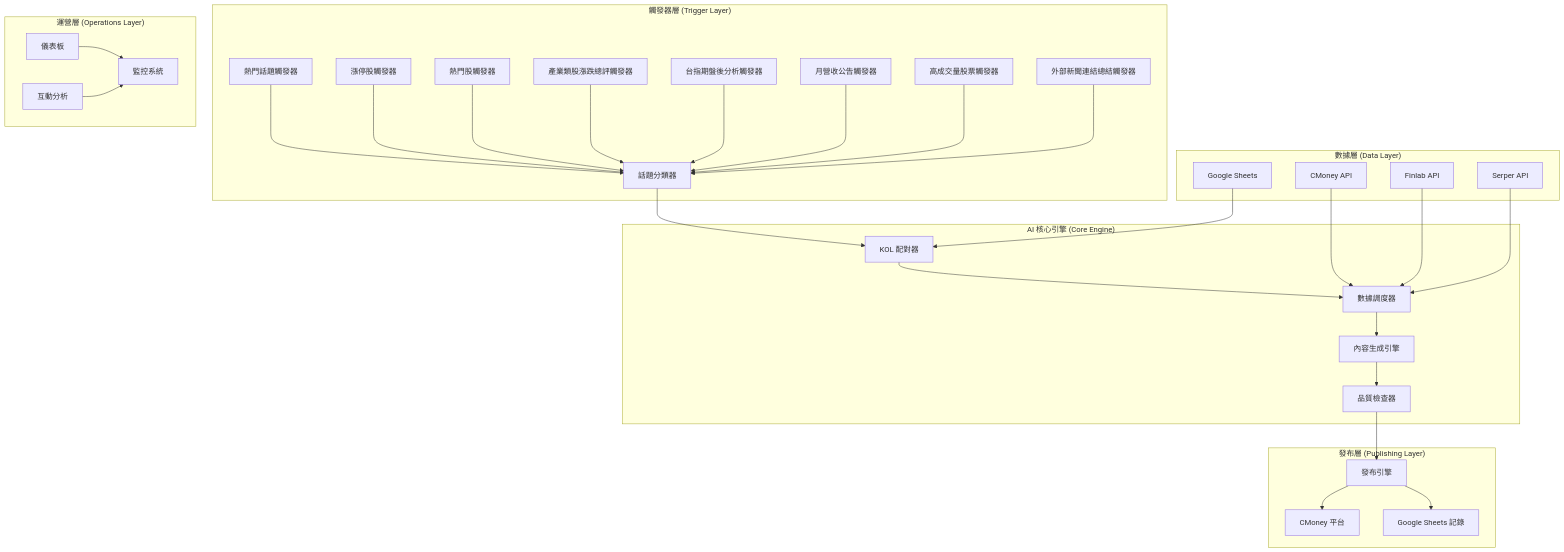
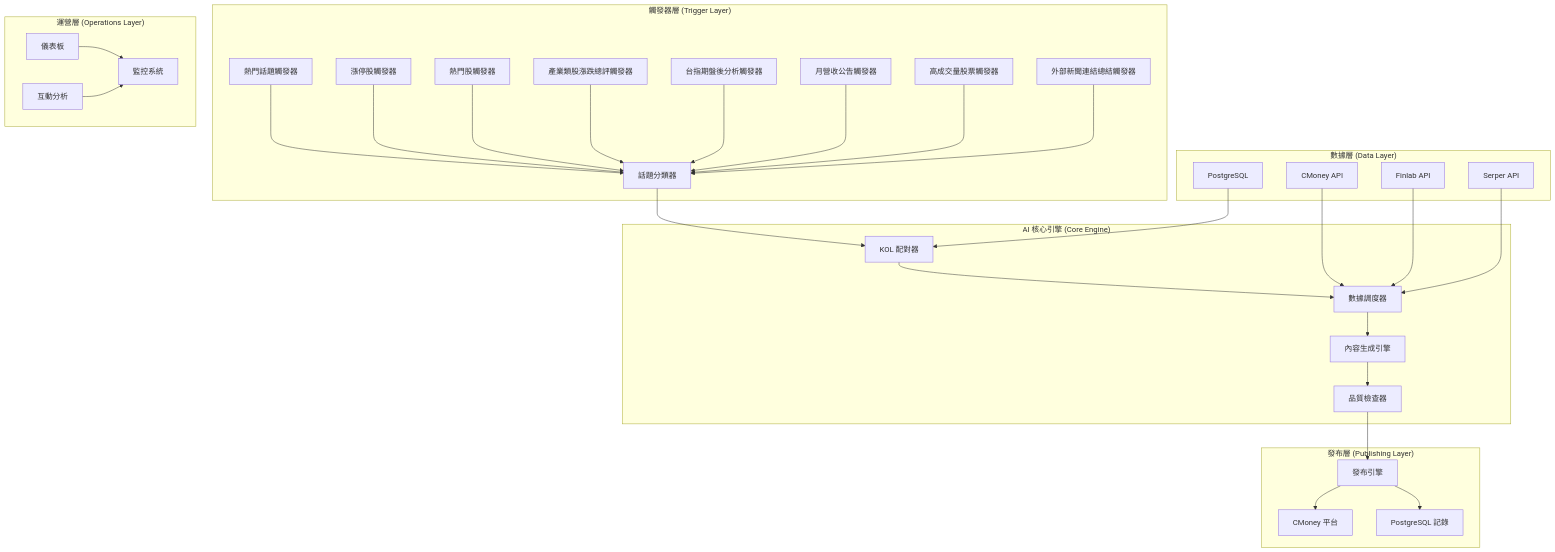
The first of 6 diagrams in gitbook-docs/1-AI系統概覽/1.2-系統架構與AI流程.md (hihihowru/forum_autoposter), drawn with Mermaid before and after one commit. The commit also changed other lines of this file and 451 other files, not shown here.

````diff
--- a/gitbook-docs/1-AI系統概覽/1.2-系統架構與AI流程.md
+++ b/gitbook-docs/1-AI系統概覽/1.2-系統架構與AI流程.md
@@ -7,38 +7,38 @@
 ```mermaid
 graph TB
     subgraph "觸發器層 (Trigger Layer)"
         A[熱門話題觸發器] --> D[話題分類器]
         B[漲停股觸發器] --> D
         C1[熱門股觸發器] --> D
         C2[產業類股漲跌總評觸發器] --> D
         C3[台指期盤後分析觸發器] --> D
         C4[月營收公告觸發器] --> D
         C5[高成交量股票觸發器] --> D
         C6[外部新聞連結總結觸發器] --> D
     end
     
     subgraph "AI 核心引擎 (Core Engine)"
         D --> E[KOL 配對器]
         E --> F[數據調度器]
         F --> G[內容生成引擎]
         G --> H[品質檢查器]
     end
     
     subgraph "數據層 (Data Layer)"
         I[CMoney API] --> F
         J[Finlab API] --> F
         K[Serper API] --> F
-        L[Google Sheets] --> E
+        L[PostgreSQL] --> E
     end
     
     subgraph "發布層 (Publishing Layer)"
         H --> M[發布引擎]
         M --> N[CMoney 平台]
-        M --> O[Google Sheets 記錄]
+        M --> O[PostgreSQL 記錄]
     end
     
     subgraph "運營層 (Operations Layer)"
         P[儀表板] --> Q[監控系統]
         R[互動分析] --> Q
     end
 ```
````
